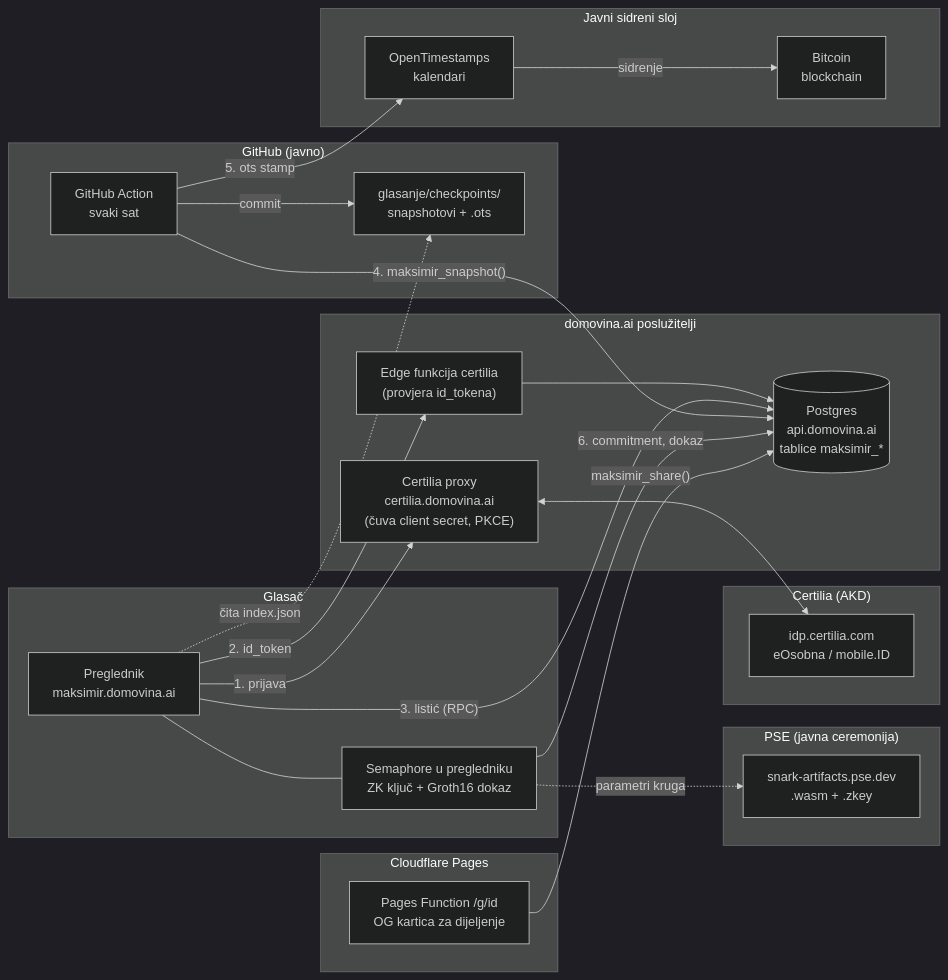
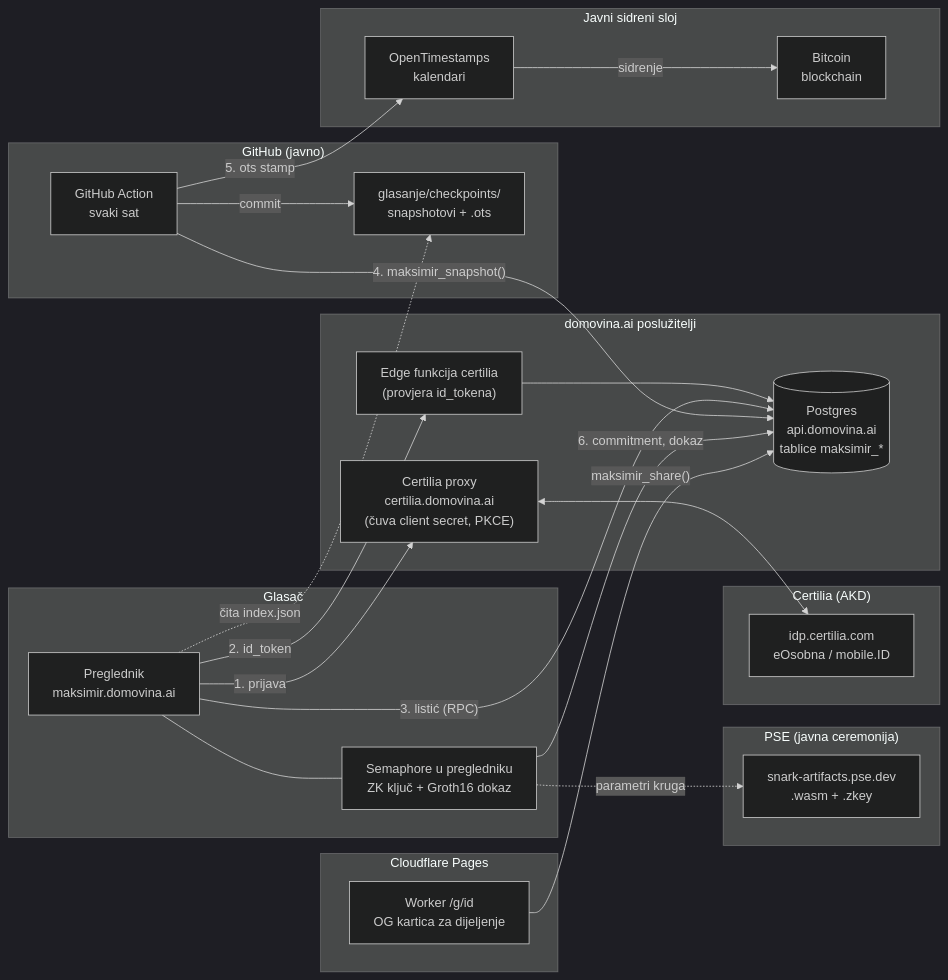
Before and after one commit to stepanic/stadion-maksimir-natjecaj-2026: the first of 10 diagrams in docs/glasanje-kako-radi.md, drawn with Mermaid (dark theme). The commit also changed other lines of this file and 17 other files, not shown here.

````diff
--- a/docs/glasanje-kako-radi.md
+++ b/docs/glasanje-kako-radi.md
@@ -44,50 +44,50 @@
 ```mermaid
 flowchart LR
   subgraph K["Glasač"]
     B["Preglednik<br/>maksimir.domovina.ai"]
     ZK["Semaphore u pregledniku<br/>ZK ključ + Groth16 dokaz"]
   end
 
   subgraph P["Cloudflare Pages"]
-    PF["Pages Function /g/id<br/>OG kartica za dijeljenje"]
+    PF["Worker /g/id<br/>OG kartica za dijeljenje"]
   end
 
   subgraph S["PSE (javna ceremonija)"]
     ART["snark-artifacts.pse.dev<br/>.wasm + .zkey"]
   end
 
   subgraph C["Certilia (AKD)"]
     IDP["idp.certilia.com<br/>eOsobna / mobile.ID"]
   end
 
   subgraph D["domovina.ai poslužitelji"]
     PX["Certilia proxy<br/>certilia.domovina.ai<br/>(čuva client secret, PKCE)"]
     EF["Edge funkcija certilia<br/>(provjera id_tokena)"]
     DB[("Postgres<br/>api.domovina.ai<br/>tablice maksimir_*")]
   end
 
   subgraph G["GitHub (javno)"]
     GA["GitHub Action<br/>svaki sat"]
     REPO["glasanje/checkpoints/<br/>snapshotovi + .ots"]
   end
 
   subgraph O["Javni sidreni sloj"]
     OTS["OpenTimestamps<br/>kalendari"]
     BTC["Bitcoin<br/>blockchain"]
   end
 
   B -- "1. prijava" --> PX
   PX <--> IDP
   B -- "2. id_token" --> EF
   EF --> DB
   B -- "3. listić (RPC)" --> DB
   GA -- "4. maksimir_snapshot()" --> DB
   GA -- "5. ots stamp" --> OTS
   OTS -- "sidrenje" --> BTC
   GA -- "commit" --> REPO
   B -. "čita index.json" .-> REPO
   B --- ZK
   ZK -. "parametri kruga" .-> ART
   ZK -- "6. commitment, dokaz" --> DB
   PF -- "maksimir_share()" --> DB
 ```
````
